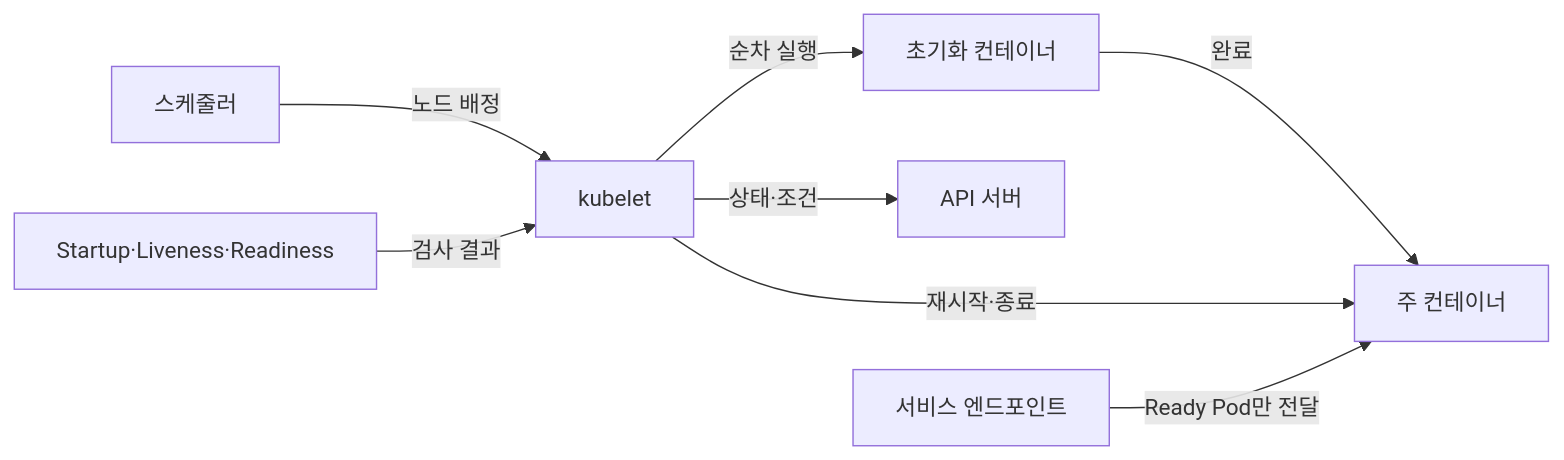
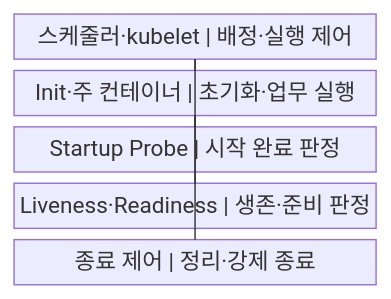
Before and after one commit to agnusdei1207/knowledge-base: the first of 2 diagrams in src/content/docs/notes/03-software/153_kubernetes_pod_lifecycle.md, drawn with Mermaid. The commit also changed other lines of this file and 20 other files, not shown here.

````diff
--- a/src/content/docs/notes/03-software/153_kubernetes_pod_lifecycle.md
+++ b/src/content/docs/notes/03-software/153_kubernetes_pod_lifecycle.md
@@ -60,10 +57,13 @@
 ```mermaid
-flowchart LR
-    S[스케줄러] -->|노드 배정| K[kubelet]
-    K -->|순차 실행| I[초기화 컨테이너]
-    I -->|완료| C[주 컨테이너]
-    P[Startup·Liveness·Readiness] -->|검사 결과| K
-    K -->|상태·조건| A[API 서버]
-    K -->|재시작·종료| C
-    E[서비스 엔드포인트] -->|Ready Pod만 전달| C
+block
+    columns 1
+    A["스케줄러·kubelet | 배정·실행 제어"]
+    B["Init·주 컨테이너 | 초기화·업무 실행"]
+    C["Startup Probe | 시작 완료 판정"]
+    D["Liveness·Readiness | 생존·준비 판정"]
+    E["종료 제어 | 정리·강제 종료"]
+    A --- B
+    B --- C
+    B --- D
+    A --- E
 ```
````
